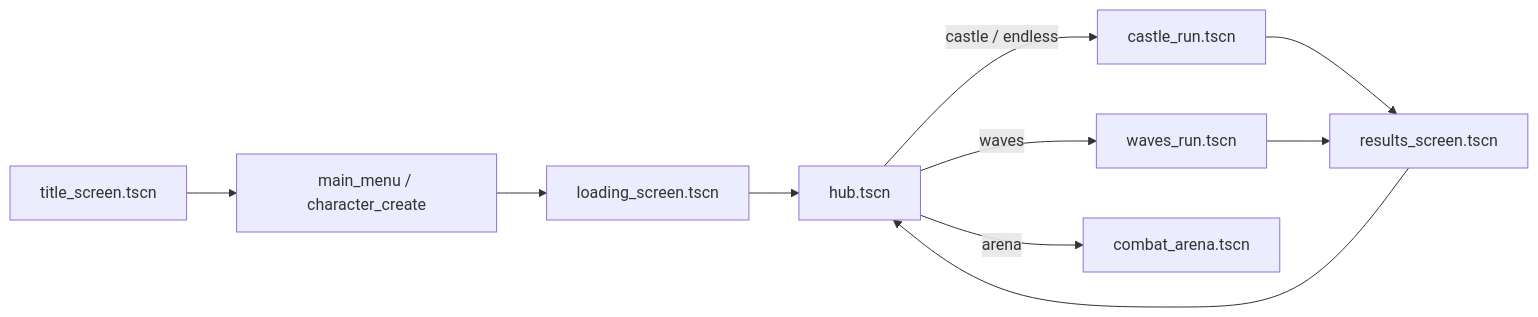
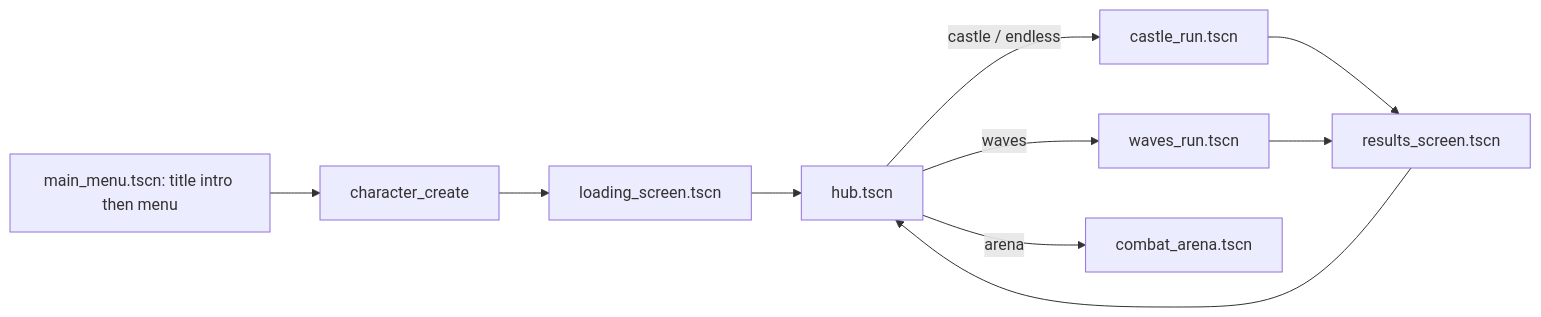
Before and after one commit to halaghiuc-dragos/Aumbrye: the first of 3 diagrams in docs/ARCHITECTURE.md, drawn with Mermaid. The commit also changed other lines of this file and 509 other files, not shown here.

````diff
--- a/docs/ARCHITECTURE.md
+++ b/docs/ARCHITECTURE.md
@@ -83,12 +84,12 @@
 ```mermaid
 flowchart LR
-  Title[title_screen.tscn] --> Menu[main_menu / character_create]
-  Menu --> Loading[loading_screen.tscn]
+  Menu[main_menu.tscn: title intro then menu] --> Create[character_create]
+  Create --> Loading[loading_screen.tscn]
   Loading --> Hub[hub.tscn]
   Hub -->|castle / endless| Castle[castle_run.tscn]
   Hub -->|waves| Waves[waves_run.tscn]
   Hub -->|arena| Arena[combat_arena.tscn]
   Castle --> Results[results_screen.tscn]
   Waves --> Results
   Results --> Hub
 ```
````
